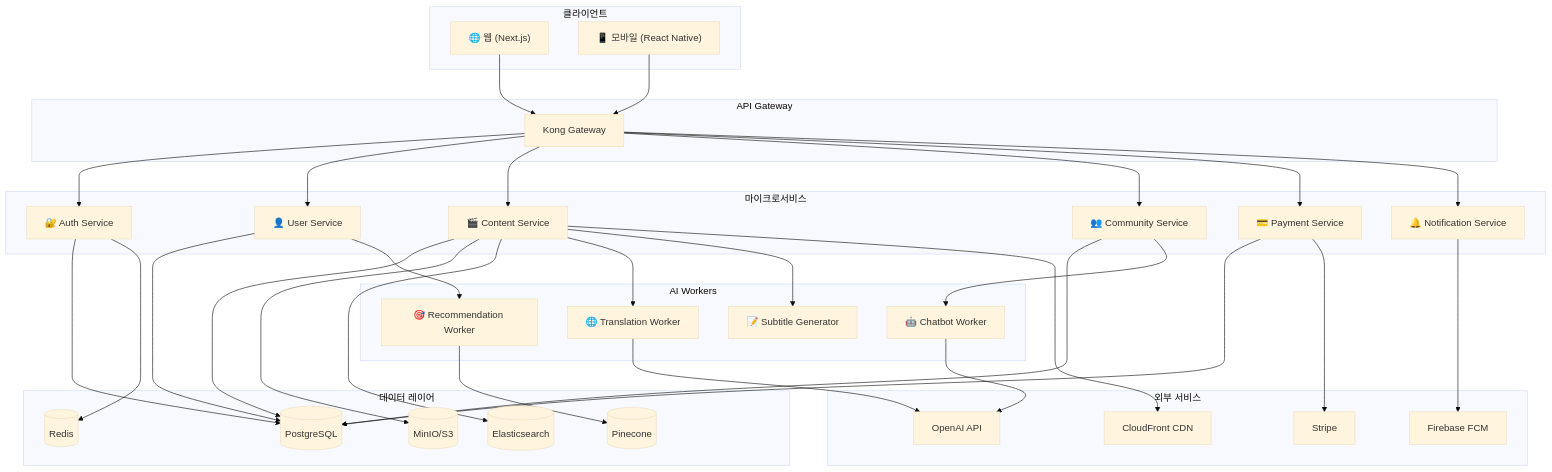
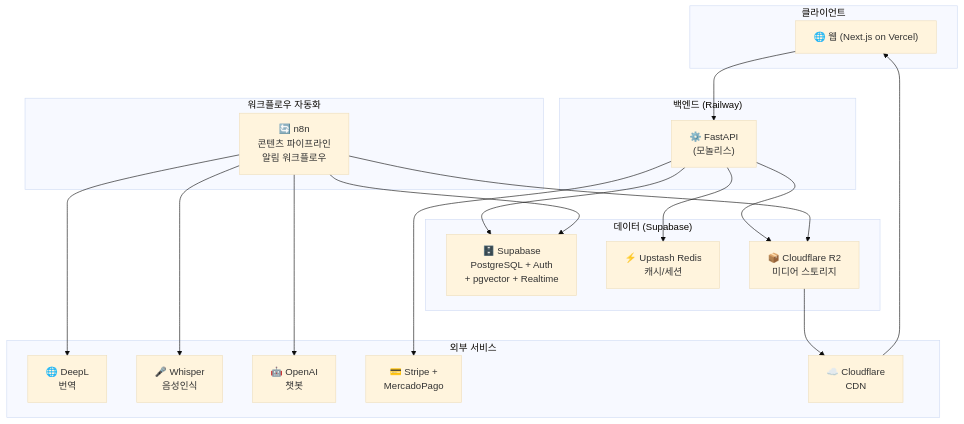
One commit to Prometheus-P/OndaCoreana changed the diagram in CONTEXT.md. Above: the diagram before and after it, drawn with Mermaid (base theme). The commit also changed other lines of this file and 3 other files, not shown here.

````diff
--- a/CONTEXT.md
+++ b/CONTEXT.md
@@ -139,73 +209,43 @@
 ```mermaid
 graph TB
     subgraph Clients["클라이언트"]
-        Web["🌐 웹 (Next.js)"]
-        Mobile["📱 모바일 (React Native)"]
+        Web["🌐 웹 (Next.js on Vercel)"]
     end
 
-    subgraph Gateway["API Gateway"]
-        Kong["Kong Gateway"]
+    subgraph Backend["백엔드 (Railway)"]
+        API["⚙️ FastAPI<br/>(모놀리스)"]
     end
 
-    subgraph Services["마이크로서비스"]
-        Auth["🔐 Auth Service"]
-        User["👤 User Service"]
-        Content["🎬 Content Service"]
-        Community["👥 Community Service"]
-        Payment["💳 Payment Service"]
-        Notification["🔔 Notification Service"]
+    subgraph Automation["워크플로우 자동화"]
+        n8n["🔄 n8n<br/>콘텐츠 파이프라인<br/>알림 워크플로우"]
     end
 
-    subgraph AI["AI Workers"]
-        Translator["🌐 Translation Worker"]
-        Recommender["🎯 Recommendation Worker"]
-        Chatbot["🤖 Chatbot Worker"]
-        SubtitleGen["📝 Subtitle Generator"]
-    end
-
-    subgraph Data["데이터 레이어"]
-        PostgreSQL[(PostgreSQL)]
-        Redis[(Redis)]
-        Elasticsearch[(Elasticsearch)]
-        Pinecone[(Pinecone)]
-        S3[(MinIO/S3)]
+    subgraph Data["데이터 (Supabase)"]
+        Supabase["🗄️ Supabase<br/>PostgreSQL + Auth<br/>+ pgvector + Realtime"]
+        Redis["⚡ Upstash Redis<br/>캐시/세션"]
+        R2["📦 Cloudflare R2<br/>미디어 스토리지"]
     end
 
     subgraph External["외부 서비스"]
-        OpenAI["OpenAI API"]
-        Stripe["Stripe"]
-        FCM["Firebase FCM"]
-        CDN["CloudFront CDN"]
+        DeepL["🌐 DeepL<br/>번역"]
+        Whisper["🎤 Whisper<br/>음성인식"]
+        OpenAI["🤖 OpenAI<br/>챗봇"]
+        Payment["💳 Stripe +<br/>MercadoPago"]
+        CDN["☁️ Cloudflare<br/>CDN"]
     end
 
-    Web --> Kong
-    Mobile --> Kong
-    Kong --> Auth
-    Kong --> User
-    Kong --> Content
-    Kong --> Community
-    Kong --> Payment
-    Kong --> Notification
+    Web --> API
+    API --> Supabase
+    API --> Redis
+    API --> R2
+    API --> Payment
 
-    Auth --> PostgreSQL
-    Auth --> Redis
-    User --> PostgreSQL
-    Content --> PostgreSQL
-    Content --> S3
-    Content --> Elasticsearch
-    Community --> PostgreSQL
-    Payment --> PostgreSQL
-    Payment --> Stripe
+    n8n --> Supabase
+    n8n --> DeepL
+    n8n --> Whisper
+    n8n --> OpenAI
+    n8n --> R2
 
-    Content --> Translator
-    Content --> SubtitleGen
-    User --> Recommender
-    Community --> Chatbot
-
-    Translator --> OpenAI
-    Chatbot --> OpenAI
-    Recommender --> Pinecone
-    Notification --> FCM
-
-    Content --> CDN
+    R2 --> CDN
+    CDN --> Web
 ```
````
